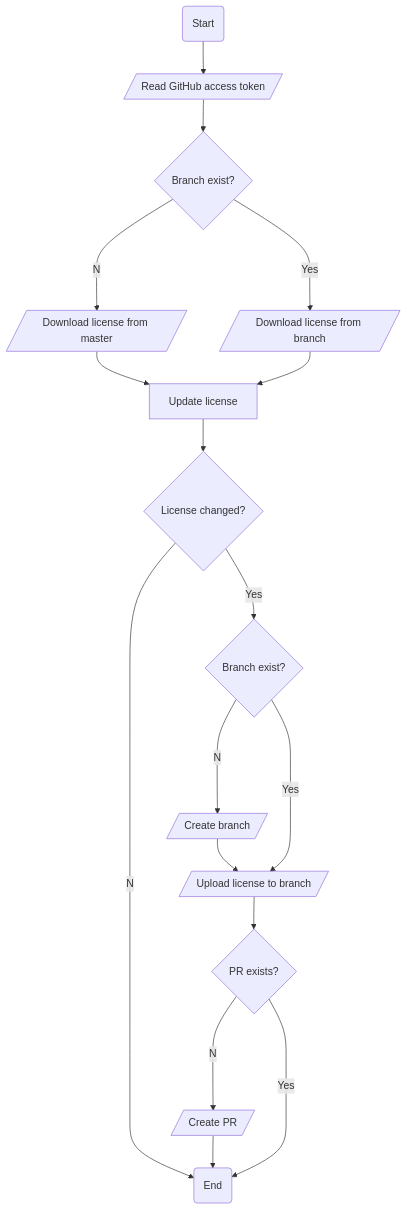
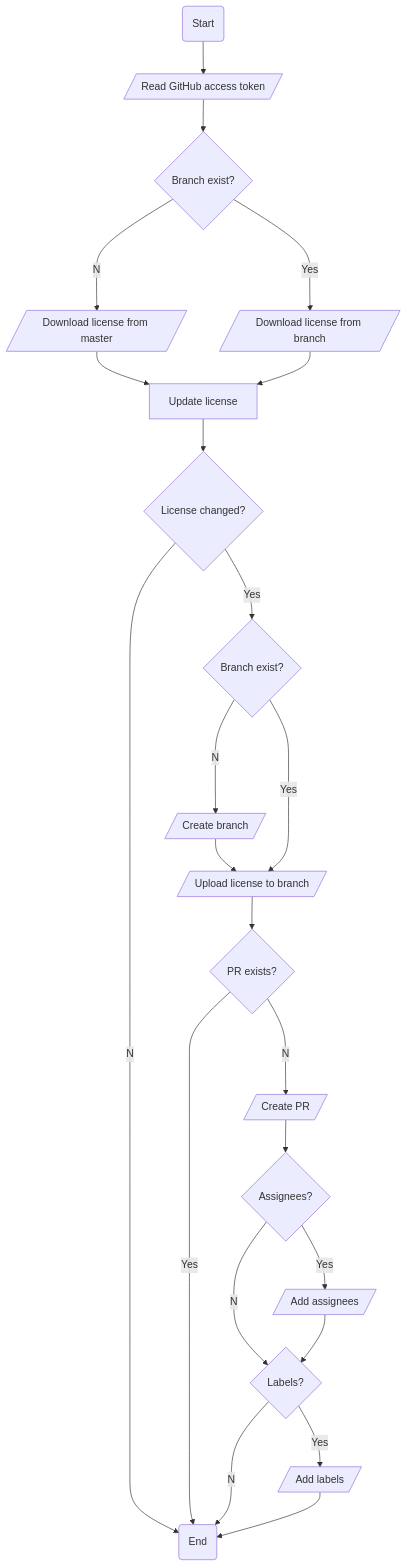
One commit to FantasticFiasco/action-update-license-year changed the diagram in doc/Action flowchart.md. Above: the diagram before and after it, drawn with Mermaid. The commit also changed 9 other files, not shown here.

````diff
--- a/doc/Action flowchart.md
+++ b/doc/Action flowchart.md
@@ -5,35 +5,44 @@
 ```mermaid
 graph TB
     START(Start)
     END(End)
 
     %% Input/Output
     IO_READ_GITHUB_ACCESS_TOKEN[/Read GitHub access token/]
     IO_DOWNLOAD_LICENSE_FROM_MASTER[/Download license from master/]
     IO_DOWNLOAD_LICENSE_FROM_BRANCH[/Download license from branch/]
     IO_UPLOAD_LICENSE_TO_BRANCH[/Upload license to branch/]
     IO_CREATE_BRANCH[/Create branch/]
     IO_CREATE_PR[/Create PR/]
+    IO_ADD_ASSIGNEES[/Add assignees/]
+    IO_ADD_LABELS[/Add labels/]
 
     %% Decision
     D_BRANCH_EXISTS_1{Branch exist?}
     D_BRANCH_EXISTS_2{Branch exist?}
     D_LICENSE_CHANGED{License changed?}
     D_PR_EXISTS{PR exists?}
+    D_CONFIG_ASSIGNEES{Assignees?}
+    D_CONFIG_LABELS{Labels?}
 
     %% Process
     P_UPDATE_LICENSE[Update license]
 
     %% Workflow definition
     START --> IO_READ_GITHUB_ACCESS_TOKEN --> D_BRANCH_EXISTS_1
     D_BRANCH_EXISTS_1 --No--> IO_DOWNLOAD_LICENSE_FROM_MASTER --> P_UPDATE_LICENSE
     D_BRANCH_EXISTS_1 --Yes--> IO_DOWNLOAD_LICENSE_FROM_BRANCH --> P_UPDATE_LICENSE
     P_UPDATE_LICENSE --> D_LICENSE_CHANGED
     D_LICENSE_CHANGED --No--> END
     D_LICENSE_CHANGED --Yes--> D_BRANCH_EXISTS_2
     D_BRANCH_EXISTS_2 --No--> IO_CREATE_BRANCH --> IO_UPLOAD_LICENSE_TO_BRANCH
     D_BRANCH_EXISTS_2 --Yes--> IO_UPLOAD_LICENSE_TO_BRANCH
     IO_UPLOAD_LICENSE_TO_BRANCH --> D_PR_EXISTS
-    D_PR_EXISTS --No--> IO_CREATE_PR --> END
     D_PR_EXISTS --Yes--> END
+    D_PR_EXISTS --No--> IO_CREATE_PR
+    IO_CREATE_PR --> D_CONFIG_ASSIGNEES
+    D_CONFIG_ASSIGNEES --No--> D_CONFIG_LABELS
+    D_CONFIG_ASSIGNEES --Yes--> IO_ADD_ASSIGNEES --> D_CONFIG_LABELS
+    D_CONFIG_LABELS --No--> END
+    D_CONFIG_LABELS --Yes--> IO_ADD_LABELS --> END
 ```
````
